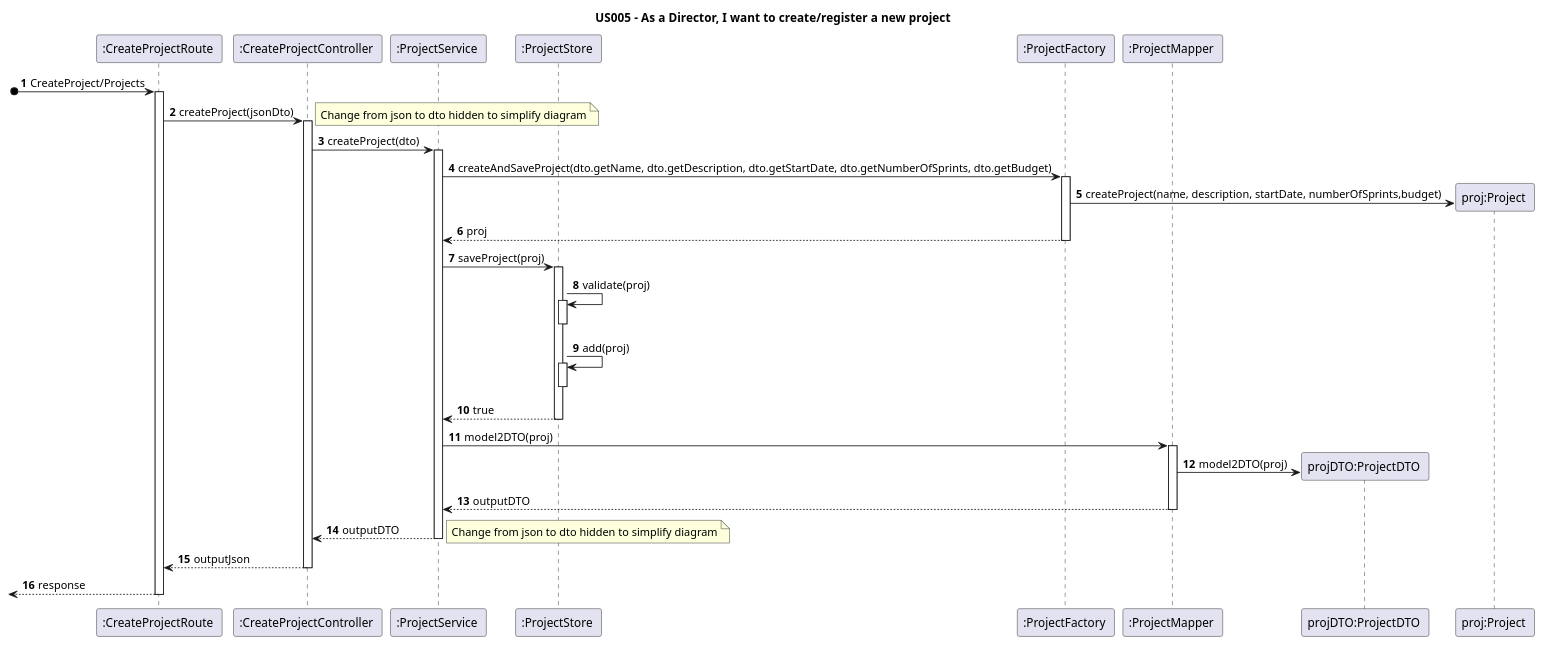
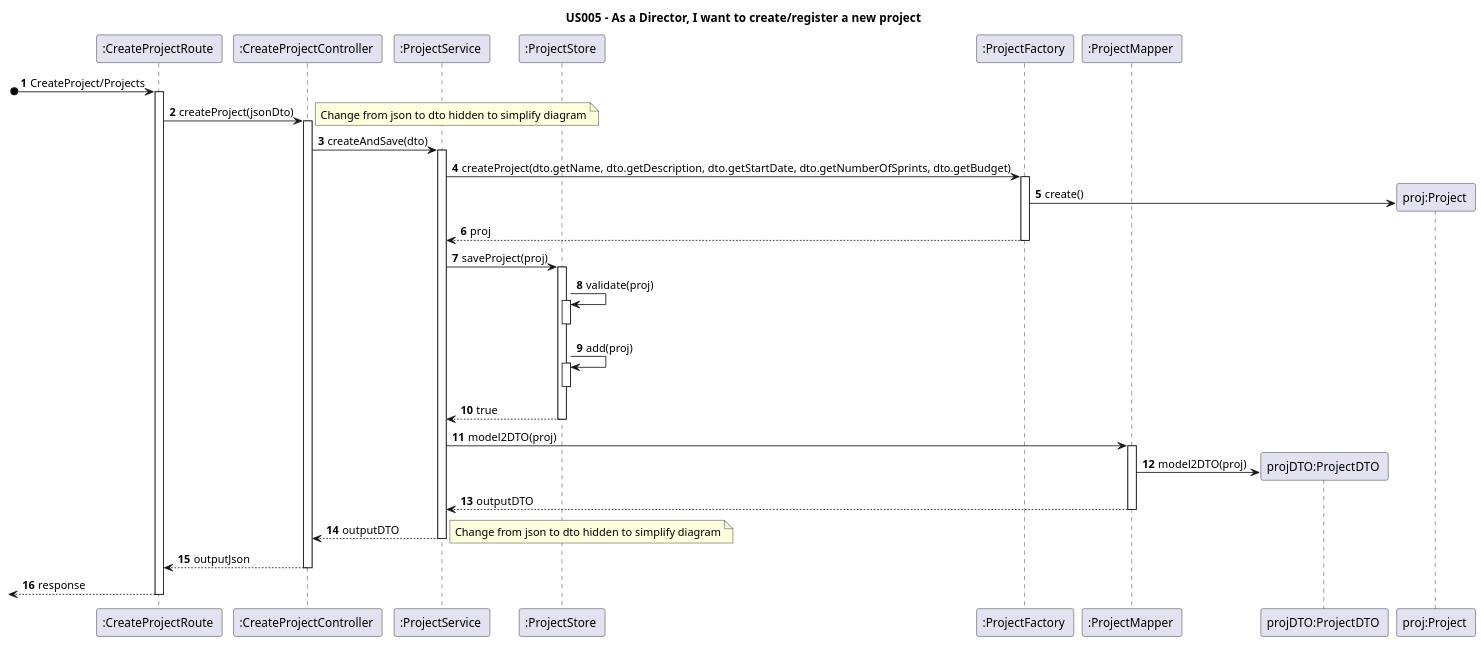
One commit to nunogon1211787/projectManagement changed the diagram in docs/Sprint1/US005/US005-SD.puml. Above: the diagram before and after it, drawn with PlantUML. The commit also changed 14 other files, not shown here.

```diff
--- a/docs/Sprint1/US005/US005-SD.puml
+++ b/docs/Sprint1/US005/US005-SD.puml
@@ -1,58 +1,58 @@
 @startuml
 'https://plantuml.com/class-diagram
 
 title US005 - As a Director, I want to create/register a new project
 
 autoactivate on
 autonumber
 
 
 participant ":CreateProjectRoute " as route
 participant ":CreateProjectController " as controller
 participant ":ProjectService " as service
 participant ":ProjectStore " as store
 participant ":ProjectFactory " as factory
 participant ":ProjectMapper " as mapper
 participant "projDTO:ProjectDTO " as dto
 participant "proj:Project " as project
 
 
 [o->  route: CreateProject/Projects
 route -> controller: createProject(jsonDto)
 
 note right
 Change from json to dto hidden to simplify diagram
 end note
 
-controller -> service: createProject(dto)
-service -> factory: createAndSaveProject(dto.getName, dto.getDescription, dto.getStartDate, dto.getNumberOfSprints, dto.getBudget)
+controller -> service: createAndSave(dto)
+service -> factory: createProject(dto.getName, dto.getDescription, dto.getStartDate, dto.getNumberOfSprints, dto.getBudget)
 
-factory -> project**: createProject(name, description, startDate, numberOfSprints,budget)
+factory -> project**: create()
 
 factory --> service: proj
 
 service -> store: saveProject(proj)
 store -> store: validate(proj)
 deactivate store
 store -> store: add(proj)
 deactivate store
 
 store --> service: true
 
 service -> mapper: model2DTO(proj)
 
 mapper -> dto**: model2DTO(proj)
 
 mapper --> service: outputDTO
 
 service --> controller: outputDTO
 
 note right
 Change from json to dto hidden to simplify diagram
 end note
 
 controller --> route: outputJson
 
 [<-- route: response
 
 @enduml
```
